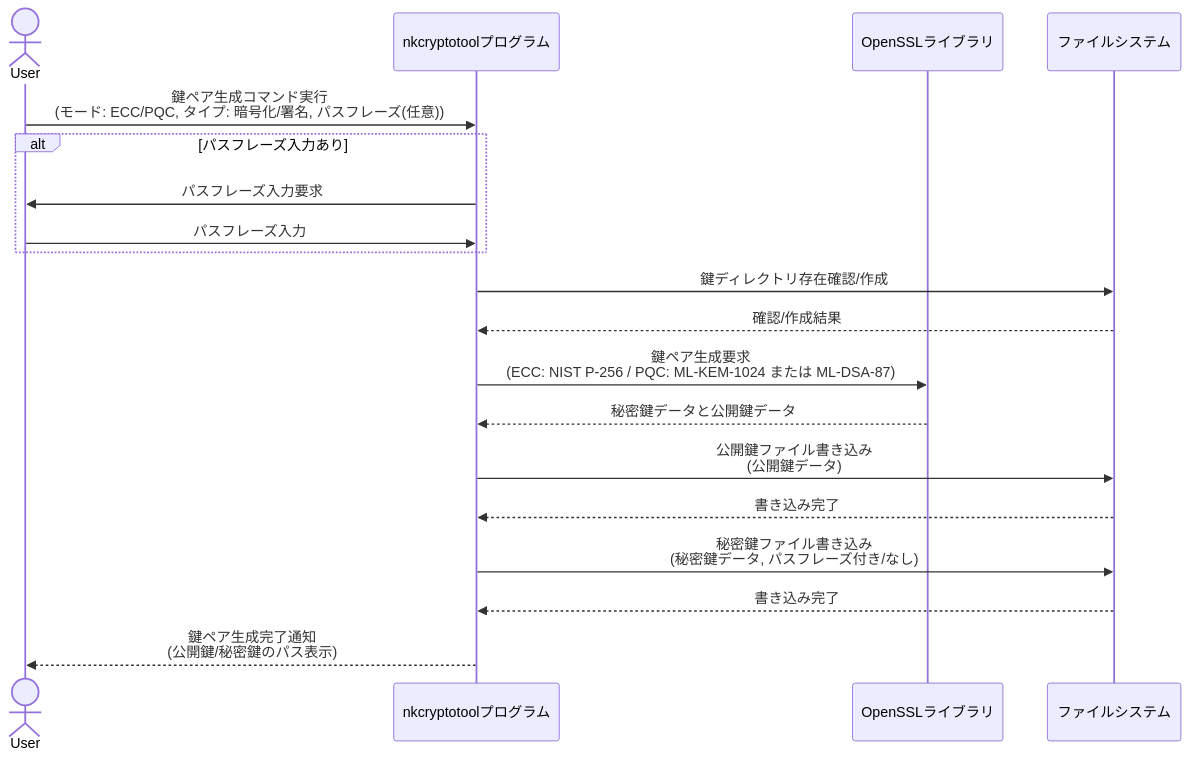
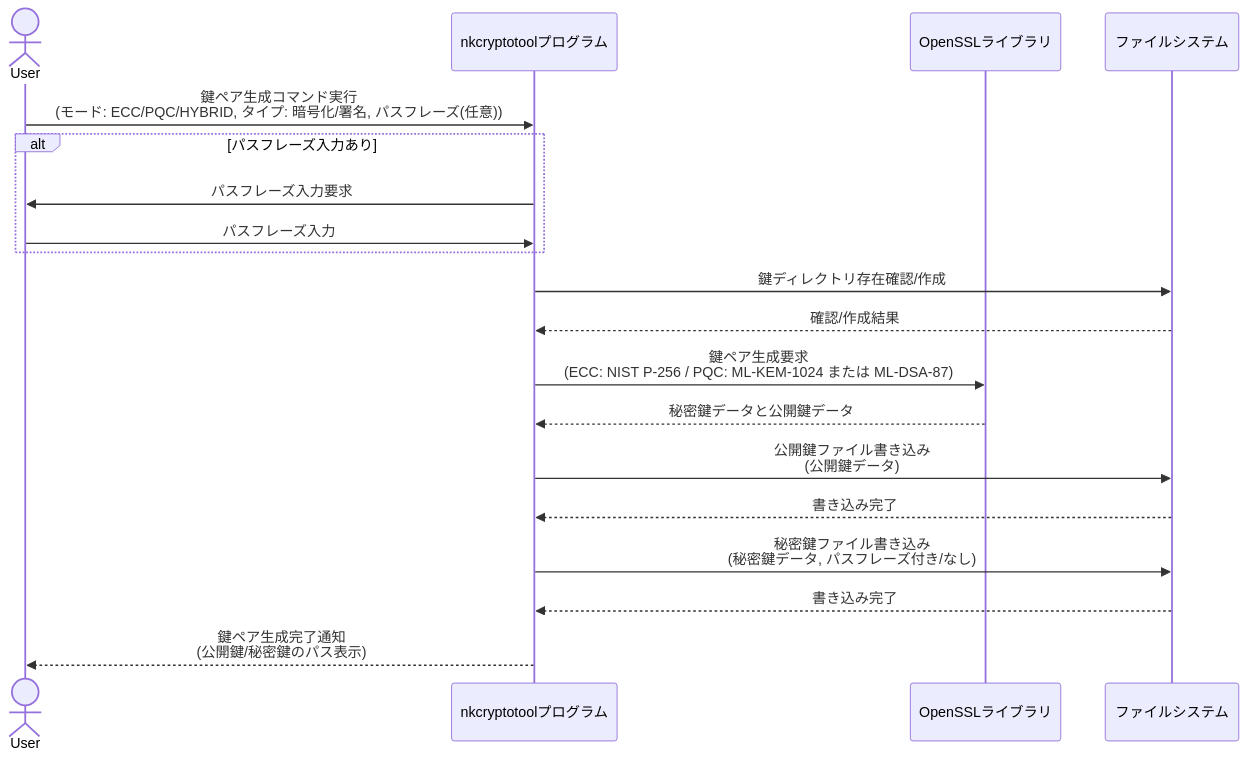
The first of 6 diagrams in README.md (nkoriyama/nkCryptoTool), drawn with Mermaid before and after one commit. The commit also changed other lines of this file, not shown here.

Commit message:
Hybridモード用のシーケンス図

````diff
--- a/README.md
+++ b/README.md
@@ -275,22 +275,22 @@
 ```mermaid
 sequenceDiagram
     actor User
     participant nkcryptotool as nkcryptotoolプログラム
     participant OpenSSL as OpenSSLライブラリ
     participant FileSystem as ファイルシステム
 
-    User->>nkcryptotool: 鍵ペア生成コマンド実行<br>(モード: ECC/PQC, タイプ: 暗号化/署名, パスフレーズ(任意))
+    User->>nkcryptotool: 鍵ペア生成コマンド実行<br>(モード: ECC/PQC/HYBRID, タイプ: 暗号化/署名, パスフレーズ(任意))
     alt パスフレーズ入力あり
         nkcryptotool->>User: パスフレーズ入力要求
         User->>nkcryptotool: パスフレーズ入力
     end
     nkcryptotool->>FileSystem: 鍵ディレクトリ存在確認/作成
     FileSystem-->>nkcryptotool: 確認/作成結果
     nkcryptotool->>OpenSSL: 鍵ペア生成要求<br>(ECC: NIST P-256 / PQC: ML-KEM-1024 または ML-DSA-87)
     OpenSSL-->>nkcryptotool: 秘密鍵データと公開鍵データ
     nkcryptotool->>FileSystem: 公開鍵ファイル書き込み<br>(公開鍵データ)
     FileSystem-->>nkcryptotool: 書き込み完了
     nkcryptotool->>FileSystem: 秘密鍵ファイル書き込み<br>(秘密鍵データ, パスフレーズ付き/なし)
     FileSystem-->>nkcryptotool: 書き込み完了
     nkcryptotool-->>User: 鍵ペア生成完了通知<br>(公開鍵/秘密鍵のパス表示)
 ```
````
